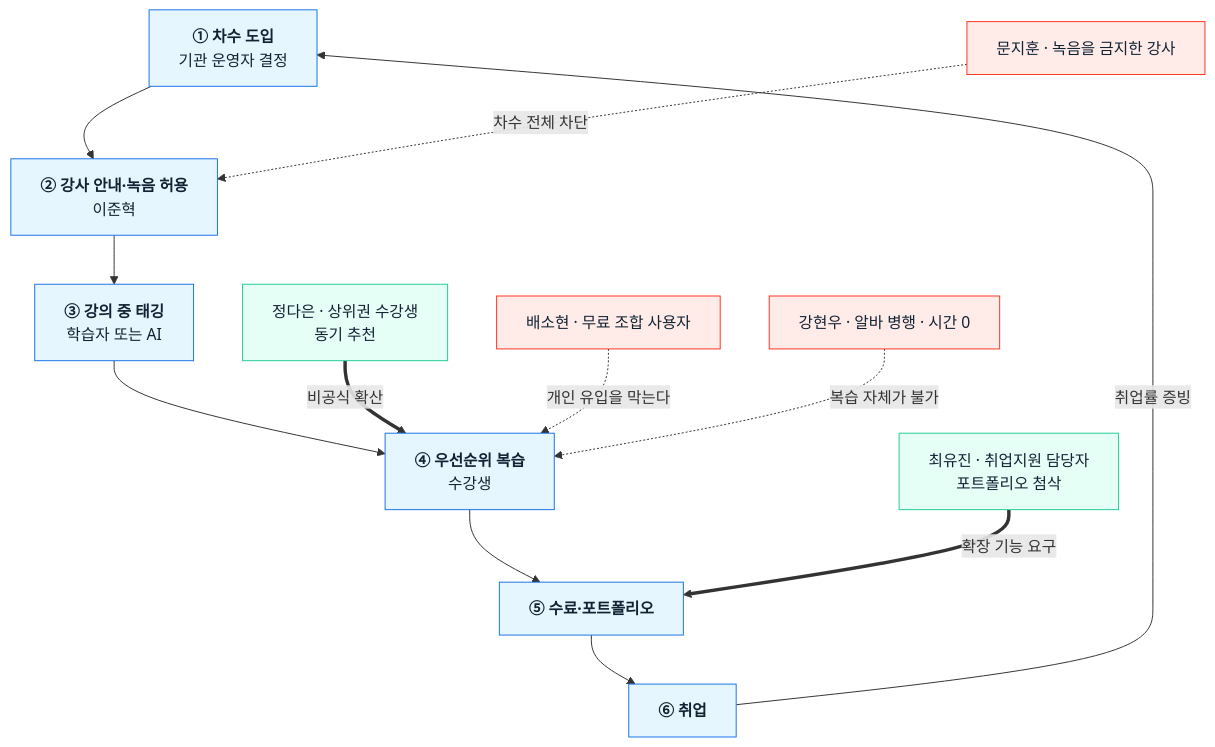
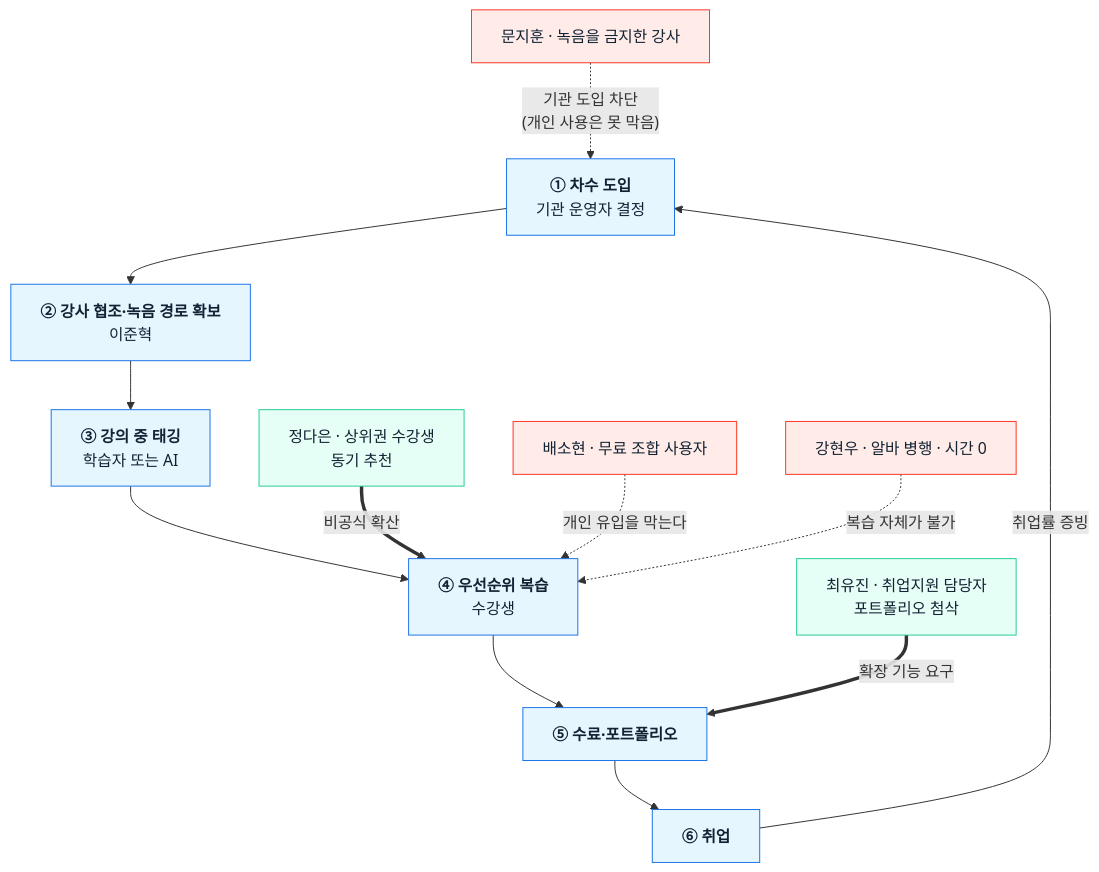
The third of 3 diagrams in 05-persona-spectrum-journey-map/case-01-kokjip-lecture-review-prioritizer-persona-spectrum.md (happai079/business-research-kokjip), drawn with Mermaid before and after one commit. The commit also changed other lines of this file and 2 other files, not shown here.

````diff
--- a/05-persona-spectrum-journey-map/case-01-kokjip-lecture-review-prioritizer-persona-spectrum.md
+++ b/05-persona-spectrum-journey-map/case-01-kokjip-lecture-review-prioritizer-persona-spectrum.md
@@ -294,25 +304,25 @@
 ```mermaid
 flowchart TB
     S1["<b>① 차수 도입</b><br/>기관 운영자 결정"]
-    S2["<b>② 강사 안내·녹음 허용</b><br/>이준혁"]
+    S2["<b>② 강사 협조·녹음 경로 확보</b><br/>이준혁"]
     S3["<b>③ 강의 중 태깅</b><br/>학습자 또는 AI"]
     S4["<b>④ 우선순위 복습</b><br/>수강생"]
     S5["<b>⑤ 수료·포트폴리오</b>"]
     S6["<b>⑥ 취업</b>"]
 
     S1 --> S2 --> S3 --> S4 --> S5 --> S6
     S6 -->|"취업률 증빙"| S1
 
     HELP["정다은 · 상위권 수강생<br/>동기 추천"] ==>|"비공식 확산"| S4
     PART["최유진 · 취업지원 담당자<br/>포트폴리오 첨삭"] ==>|"확장 기능 요구"| S5
-    BLK1["문지훈 · 녹음을 금지한 강사"] -.->|"차수 전체 차단"| S2
+    BLK1["문지훈 · 녹음을 금지한 강사"] -.->|"기관 도입 차단<br/>(개인 사용은 못 막음)"| S1
     BLK2["배소현 · 무료 조합 사용자"] -.->|"개인 유입을 막는다"| S4
     BLK3["강현우 · 알바 병행 · 시간 0"] -.->|"복습 자체가 불가"| S4
 
     classDef spine fill:#e6f6ff,stroke:#1a73e8,color:#123
     classDef help fill:#e6fff6,stroke:#22CC99,color:#123
     classDef block fill:#ffece9,stroke:#FF3322,color:#123
     class S1,S2,S3,S4,S5,S6 spine
     class HELP,PART help
     class BLK1,BLK2,BLK3 block
 ```
````
